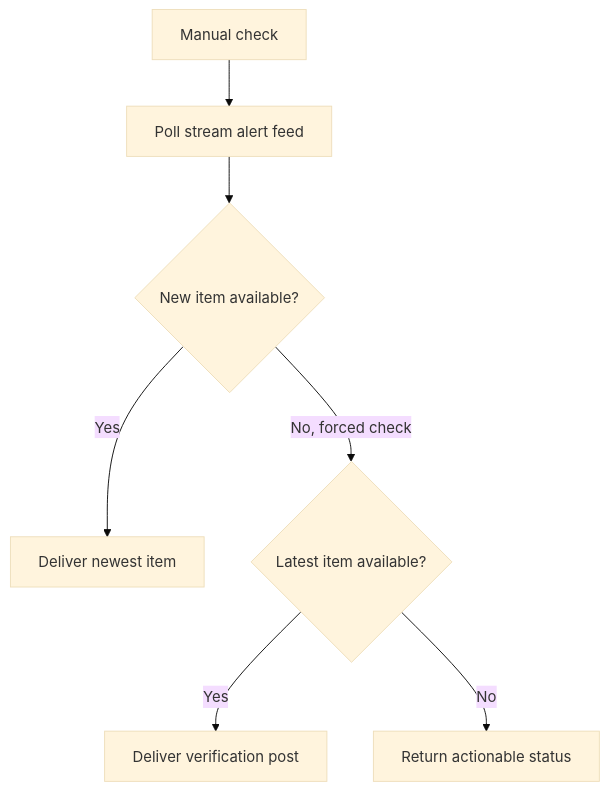
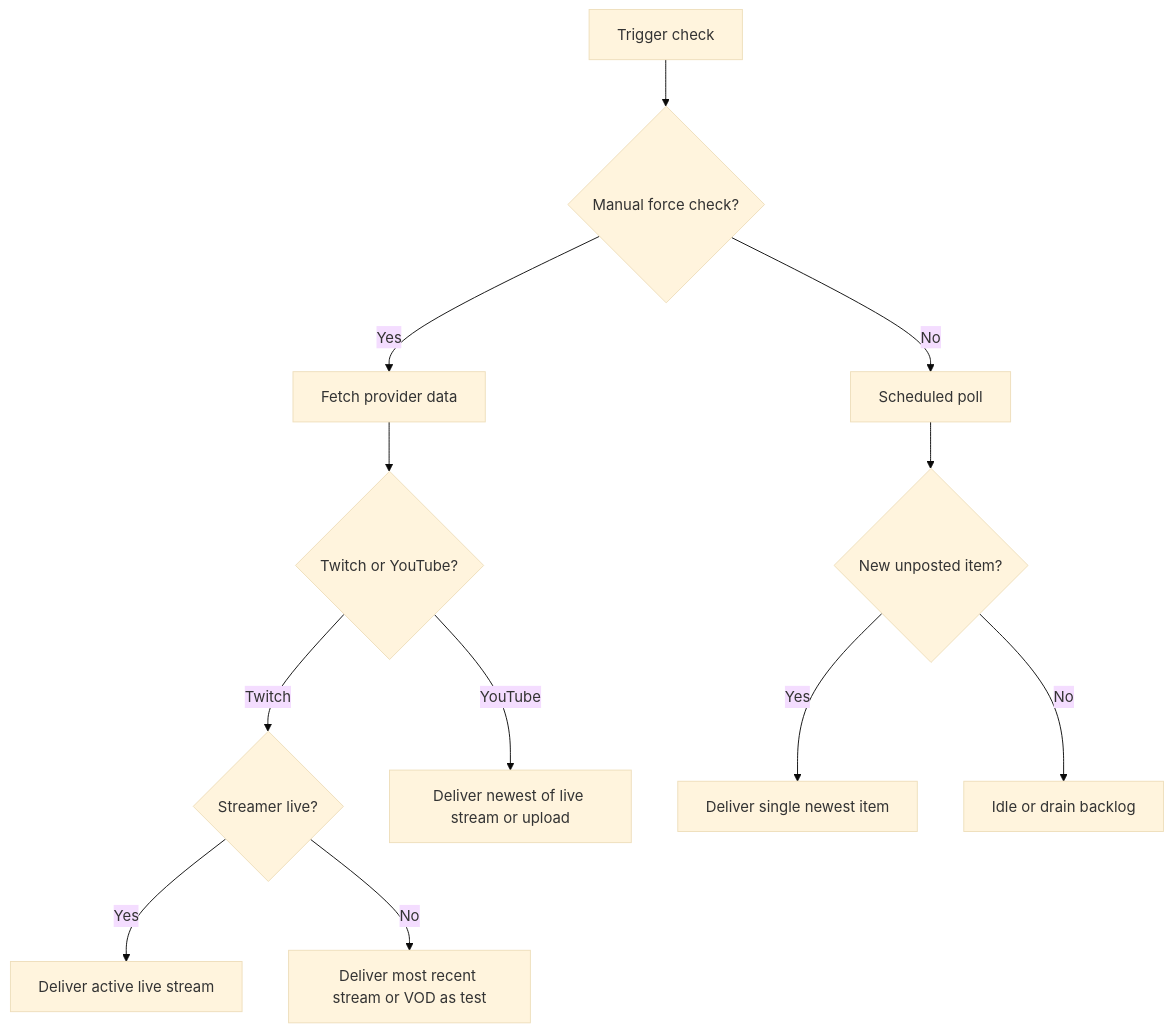
One commit to HELIX-Origin/HELIX-Discord-Bot changed the first of 2 diagrams in PLAN.md. Above: the diagram before and after it, drawn with Mermaid (base theme). The commit also changed other lines of this file and 7 other files, not shown here.

Commit message:
docs: align root tracking files and templates with active-first layout and full repo roadmap

````diff
--- a/PLAN.md
+++ b/PLAN.md
@@ -25,9 +31,14 @@
 ```mermaid
 flowchart TD
-    A["Manual check"] --> B["Poll stream alert feed"]
-    B --> C{"New item available?"}
-    C -->|Yes| D["Deliver newest item"]
-    C -->|No, forced check| E{"Latest item available?"}
-    E -->|Yes| F["Deliver verification post"]
-    E -->|No| G["Return actionable status"]
+    A["Trigger check"] --> B{"Manual force check?"}
+    B -->|Yes| C["Fetch provider data"]
+    B -->|No| D["Scheduled poll"]
+    C --> E{"Twitch or YouTube?"}
+    E -->|Twitch| F{"Streamer live?"}
+    F -->|Yes| G["Deliver active live stream"]
+    F -->|No| H["Deliver most recent stream or VOD as test"]
+    E -->|YouTube| I["Deliver newest of live stream or upload"]
+    D --> J{"New unposted item?"}
+    J -->|Yes| K["Deliver single newest item"]
+    J -->|No| L["Idle or drain backlog"]
 ```
````
